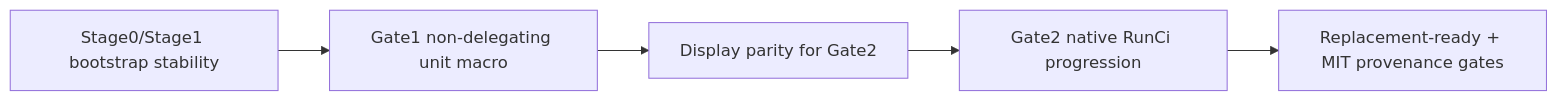
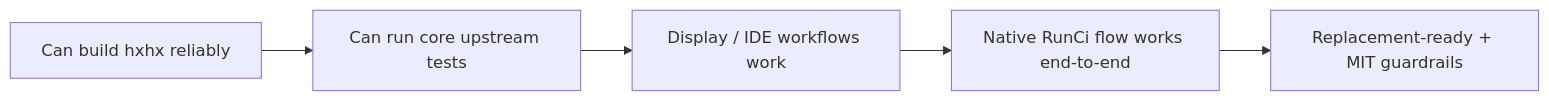
The diagram in README.md (fullofcaffeine/hxhx), drawn with Mermaid before and after one commit. The commit also changed other lines of this file and 2 other files, not shown here.

Commit message:
docs: add plain-language hxhx 1.0 roadmap and tracker

````diff
--- a/README.md
+++ b/README.md
@@ -124,7 +131,7 @@
 ```mermaid
 flowchart LR
-  A["Stage0/Stage1 bootstrap stability"] --> B["Gate1 non-delegating unit macro"]
-  B --> C["Display parity for Gate2"]
-  C --> D["Gate2 native RunCi progression"]
-  D --> E["Replacement-ready + MIT provenance gates"]
+  A["Can build hxhx reliably"] --> B["Can run core upstream tests"]
+  B --> C["Display / IDE workflows work"]
+  C --> D["Native RunCi flow works end-to-end"]
+  D --> E["Replacement-ready + MIT guardrails"]
 ```
````
